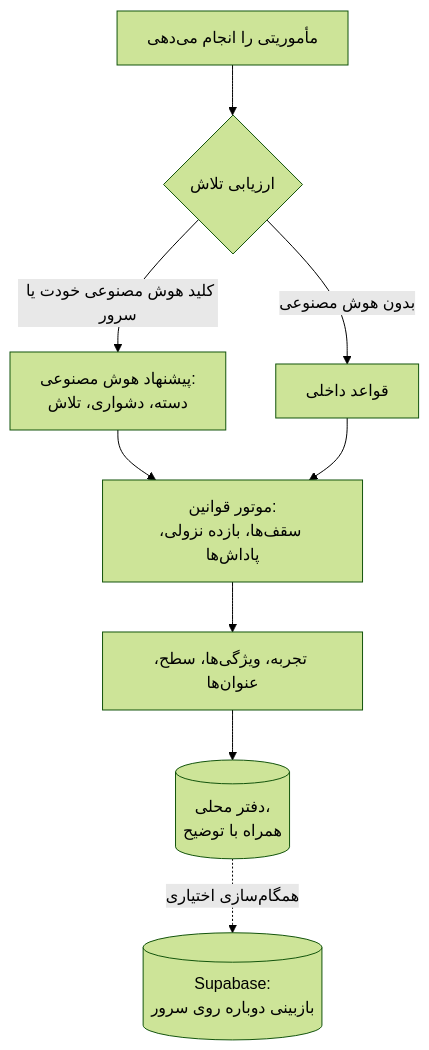
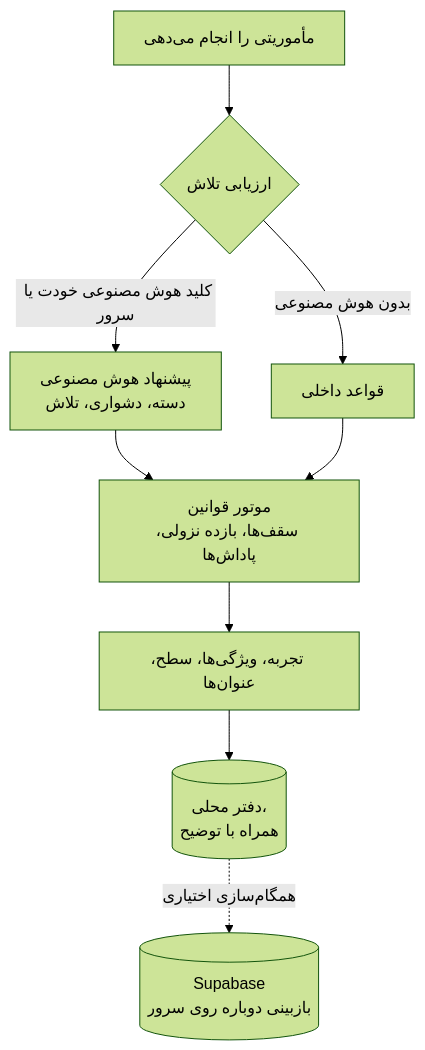
The diagram in README.fa.md (AliKahroodiEE/oathbound), drawn with Mermaid (forest theme) before and after one commit. The commit also changed other lines of this file, not shown here.

````diff
--- a/README.fa.md
+++ b/README.fa.md
@@ -235,11 +235,11 @@
 ```mermaid
 flowchart TD
     Q["مأموریتی را انجام می‌دهی"] --> E{"ارزیابی تلاش"}
-    E -->|"کلید هوش مصنوعی خودت یا سرور"| P["پیشنهاد هوش مصنوعی:<br/>دسته، دشواری، تلاش"]
+    E -->|"کلید هوش مصنوعی خودت یا سرور"| P["پیشنهاد هوش مصنوعی<br/>دسته، دشواری، تلاش"]
     E -->|"بدون هوش مصنوعی"| H["قواعد داخلی"]
-    P --> R["موتور قوانین:<br/>سقف‌ها، بازده نزولی، پاداش‌ها"]
+    P --> R["موتور قوانین<br/>سقف‌ها، بازده نزولی، پاداش‌ها"]
     H --> R
     R --> C["تجربه، ویژگی‌ها، سطح، عنوان‌ها"]
     C --> L[("دفتر محلی،<br/>همراه با توضیح")]
-    L -. "همگام‌سازی اختیاری" .-> S[("Supabase:<br/>بازبینی دوباره روی سرور")]
+    L -. "همگام‌سازی اختیاری" .-> S[("Supabase<br/>بازبینی دوباره روی سرور")]
 ```
````
